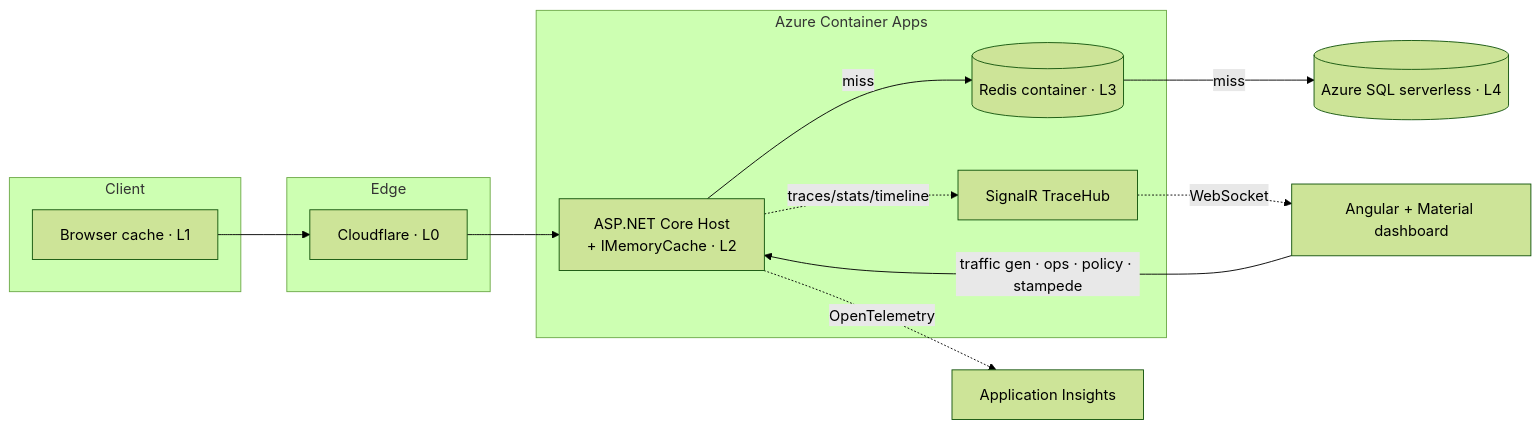
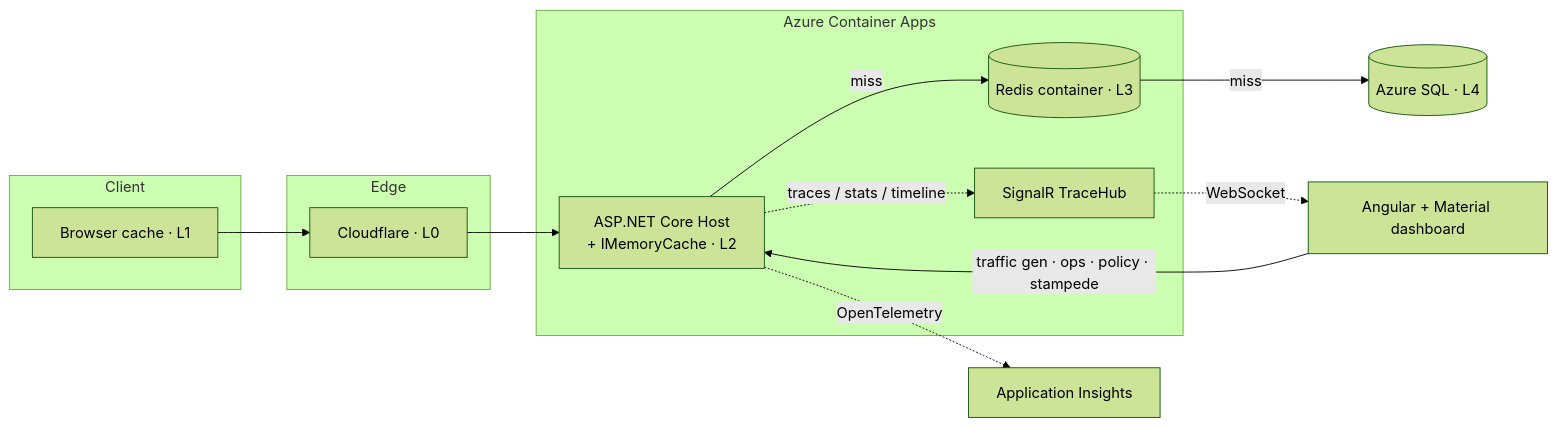
The diagram in README.md (NiteshVarman/cachescope), drawn with Mermaid (forest theme) before and after one commit. The commit also changed other lines of this file and 1 other file, not shown here.

Commit message:
docs: rewrite README as a clear project overview (features, architecture, API, deploy); add MIT license

````diff
--- a/README.md
+++ b/README.md
@@ -26,22 +27,22 @@
 ```mermaid
 flowchart LR
     subgraph Client
       B[Browser cache · L1]
     end
     subgraph Edge
       CF[Cloudflare · L0]
     end
     subgraph "Azure Container Apps"
       API[ASP.NET Core Host<br/>+ IMemoryCache · L2]
       RED[(Redis container · L3)]
       HUB[SignalR TraceHub]
     end
-    SQL[(Azure SQL serverless · L4)]
+    SQL[(Azure SQL · L4)]
     NG[Angular + Material dashboard]
 
     B --> CF --> API
     API -->|miss| RED -->|miss| SQL
-    API -. traces/stats/timeline .-> HUB -. WebSocket .-> NG
+    API -. traces / stats / timeline .-> HUB -. WebSocket .-> NG
     NG -->|traffic gen · ops · policy · stampede| API
     API -. OpenTelemetry .-> AI[Application Insights]
 ```
````
